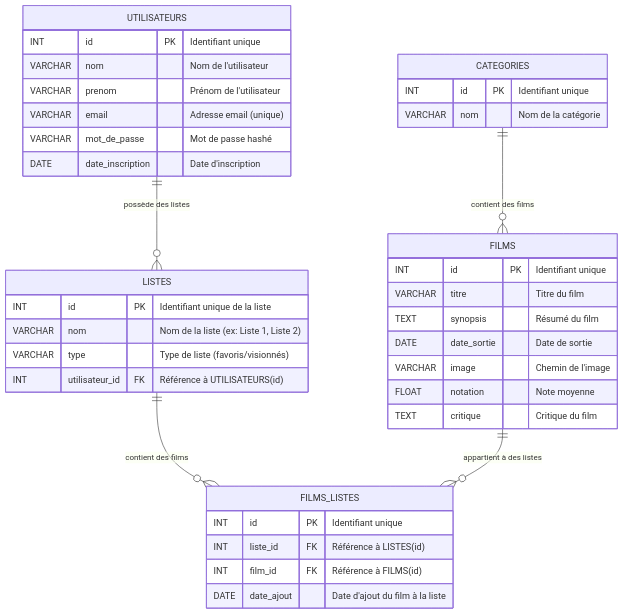
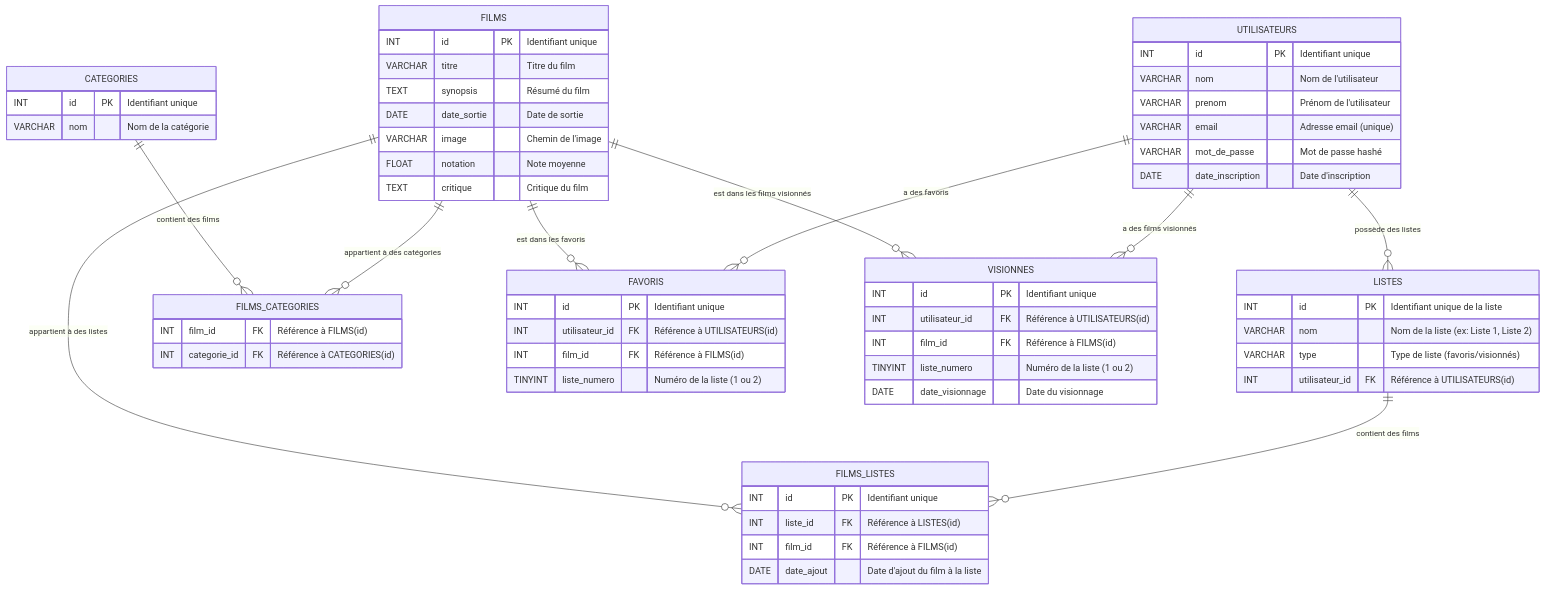
Before and after one commit to Poca23/Formation_Langages_Cie: the diagram in TutoMySQL/Schema/schema-MLD.md, drawn with Mermaid. The commit also changed 2 other files, not shown here.

Commit message:
Mise à jour des schémas MCD et MLD pour inclure les tables FILMS_CATEGORIES, FAVORIS et VISIONNES. Correction des définitions des tables et ajout de clés étrangères pour améliorer l'intégrité des données.

````diff
--- a/TutoMySQL/Schema/schema-MLD.md
+++ b/TutoMySQL/Schema/schema-MLD.md
@@ -1,45 +1,70 @@
 ```mermaid
 erDiagram
-UTILISATEURS {
-INT id PK "Identifiant unique"
-VARCHAR nom "Nom de l'utilisateur"
-VARCHAR prenom "Prénom de l'utilisateur"
-VARCHAR email "Adresse email (unique)"
-VARCHAR mot_de_passe "Mot de passe hashé"
-DATE date_inscription "Date d'inscription"
-}
+    UTILISATEURS {
+        INT id PK "Identifiant unique"
+        VARCHAR nom "Nom de l'utilisateur"
+        VARCHAR prenom "Prénom de l'utilisateur"
+        VARCHAR email "Adresse email (unique)"
+        VARCHAR mot_de_passe "Mot de passe hashé"
+        DATE date_inscription "Date d'inscription"
+    }
 
     FILMS {
         INT id PK "Identifiant unique"
         VARCHAR titre "Titre du film"
         TEXT synopsis "Résumé du film"
         DATE date_sortie "Date de sortie"
         VARCHAR image "Chemin de l'image"
         FLOAT notation "Note moyenne"
         TEXT critique "Critique du film"
     }
 
     CATEGORIES {
         INT id PK "Identifiant unique"
         VARCHAR nom "Nom de la catégorie"
     }
 
     LISTES {
         INT id PK "Identifiant unique de la liste"
         VARCHAR nom "Nom de la liste (ex: Liste 1, Liste 2)"
         VARCHAR type "Type de liste (favoris/visionnés)"
         INT utilisateur_id FK "Référence à UTILISATEURS(id)"
     }
 
     FILMS_LISTES {
         INT id PK "Identifiant unique"
         INT liste_id FK "Référence à LISTES(id)"
         INT film_id FK "Référence à FILMS(id)"
         DATE date_ajout "Date d'ajout du film à la liste"
     }
 
+    FILMS_CATEGORIES {
+        INT film_id FK "Référence à FILMS(id)"
+        INT categorie_id FK "Référence à CATEGORIES(id)"
+    }
+
+    FAVORIS {
+        INT id PK "Identifiant unique"
+        INT utilisateur_id FK "Référence à UTILISATEURS(id)"
+        INT film_id FK "Référence à FILMS(id)"
+        TINYINT liste_numero "Numéro de la liste (1 ou 2)"
+    }
+
+    VISIONNES {
+        INT id PK "Identifiant unique"
+        INT utilisateur_id FK "Référence à UTILISATEURS(id)"
+        INT film_id FK "Référence à FILMS(id)"
+        TINYINT liste_numero "Numéro de la liste (1 ou 2)"
+        DATE date_visionnage "Date du visionnage"
+    }
+
     UTILISATEURS ||--o{ LISTES : "possède des listes"
     LISTES ||--o{ FILMS_LISTES : "contient des films"
     FILMS ||--o{ FILMS_LISTES : "appartient à des listes"
-    CATEGORIES ||--o{ FILMS : "contient des films"
+    FILMS ||--o{ FILMS_CATEGORIES : "appartient à des catégories"
+    CATEGORIES ||--o{ FILMS_CATEGORIES : "contient des films"
+    UTILISATEURS ||--o{ FAVORIS : "a des favoris"
+    FILMS ||--o{ FAVORIS : "est dans les favoris"
+    UTILISATEURS ||--o{ VISIONNES : "a des films visionnés"
+    FILMS ||--o{ VISIONNES : "est dans les films visionnés"
 ```
````
